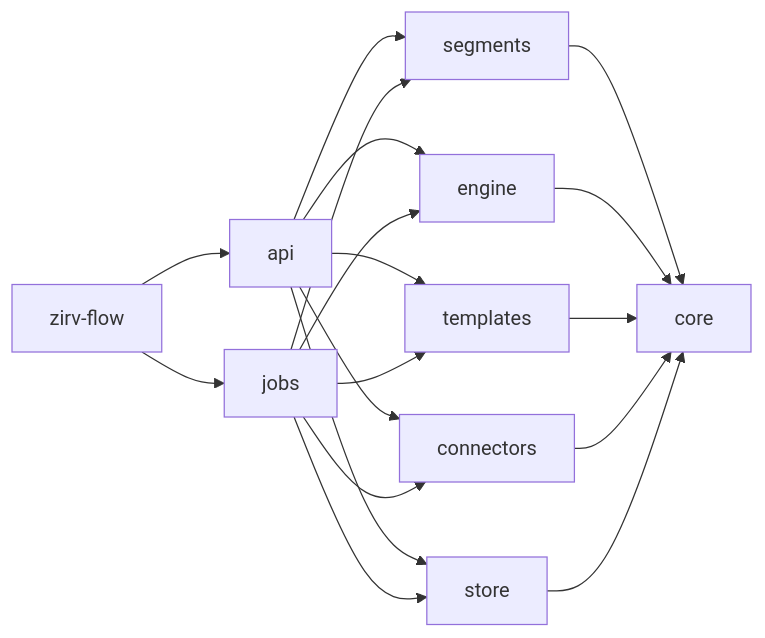
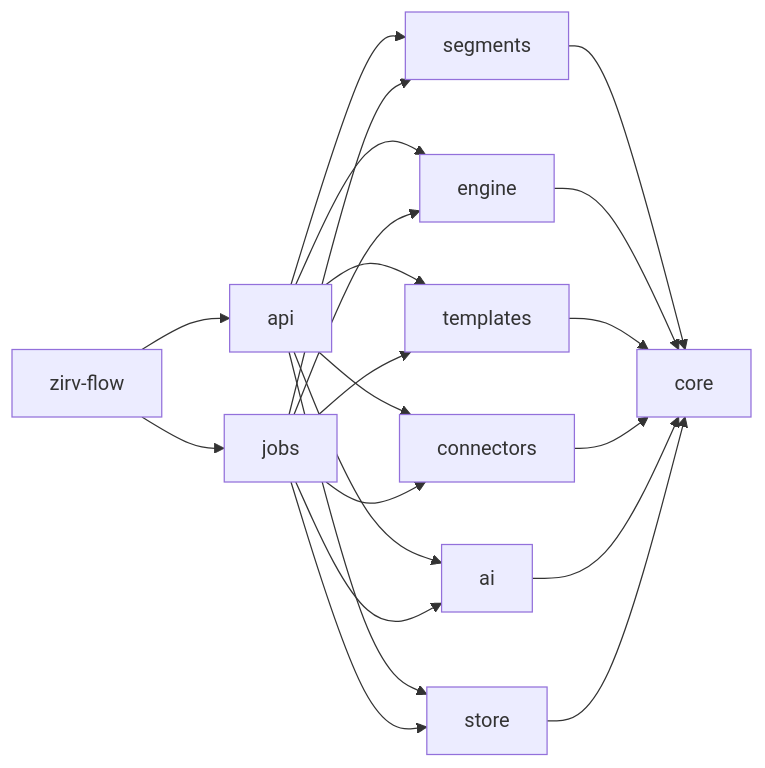
One commit to Glubiz/zirv-flow changed the third of 6 diagrams in docs/architecture.md. Above: the diagram before and after it, drawn with Mermaid. The commit also changed other lines of this file and 4 other files, not shown here.

````diff
--- a/docs/architecture.md
+++ b/docs/architecture.md
@@ -142,7 +149,7 @@
 ```mermaid
 flowchart LR
   bin[zirv-flow] --> api & jobs
-  api --> segments & engine & templates & connectors & store
-  jobs --> segments & engine & templates & connectors & store
-  segments & engine & templates & connectors & store --> core
+  api --> segments & engine & templates & connectors & ai & store
+  jobs --> segments & engine & templates & connectors & ai & store
+  segments & engine & templates & connectors & ai & store --> core
 ```
````
